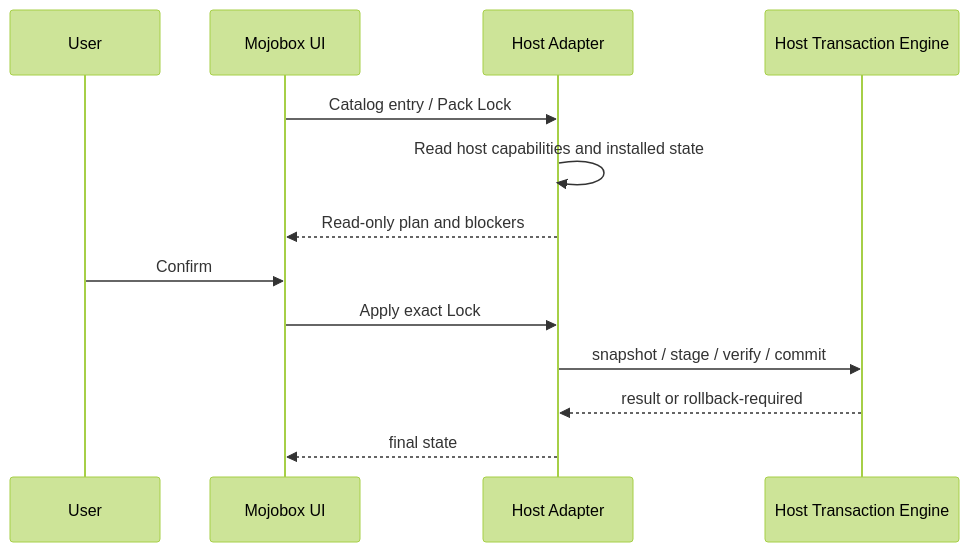
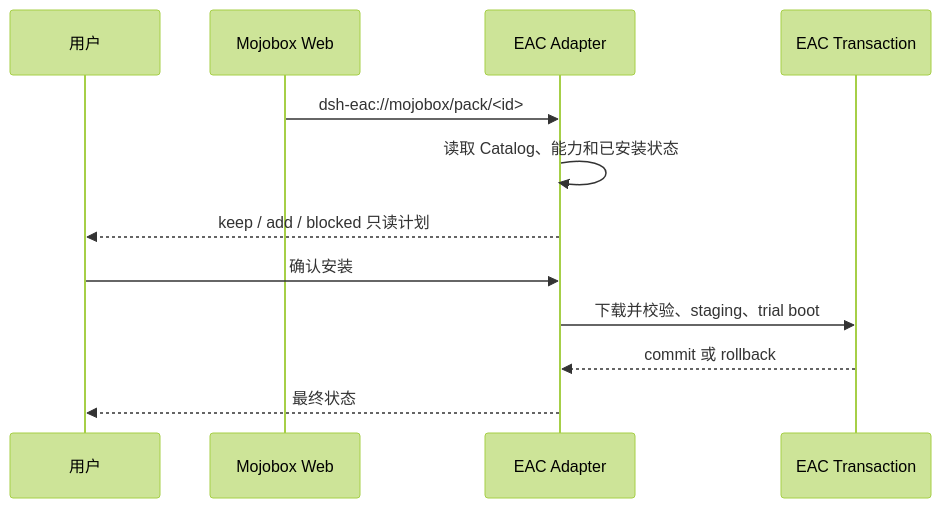
The third of 3 diagrams in docs/architecture.md (lanyun077/dsh-mojobox), drawn with Mermaid (forest theme) before and after one commit. The commit also changed other lines of this file and 29 other files, not shown here.

Commit message:
feat(mojobox): 建立 EAC 优先的第四阶段基座

````diff
--- a/docs/architecture.md
+++ b/docs/architecture.md
@@ -113,16 +99,14 @@
 ```mermaid
 sequenceDiagram
-  participant U as User
-  participant UI as Mojobox UI
-  participant A as Host Adapter
-  participant H as Host Transaction Engine
-
-  UI->>A: Catalog entry / Pack Lock
-  A->>A: Read host capabilities and installed state
-  A-->>UI: Read-only plan and blockers
-  U->>UI: Confirm
-  UI->>A: Apply exact Lock
-  A->>H: snapshot / stage / verify / commit
-  H-->>A: result or rollback-required
-  A-->>UI: final state
+  participant U as 用户
+  participant W as Mojobox Web
+  participant A as EAC Adapter
+  participant T as EAC Transaction
+  W->>A: dsh-eac://mojobox/pack/<id>
+  A->>A: 读取 Catalog、能力和已安装状态
+  A-->>U: keep / add / blocked 只读计划
+  U->>A: 确认安装
+  A->>T: 下载并校验、staging、trial boot
+  T-->>A: commit 或 rollback
+  A-->>U: 最终状态
 ```
````
